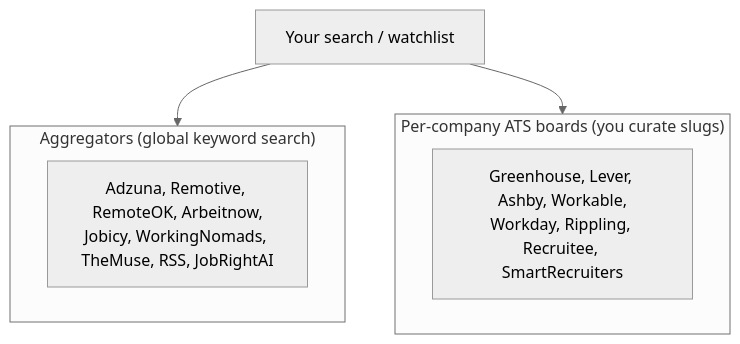
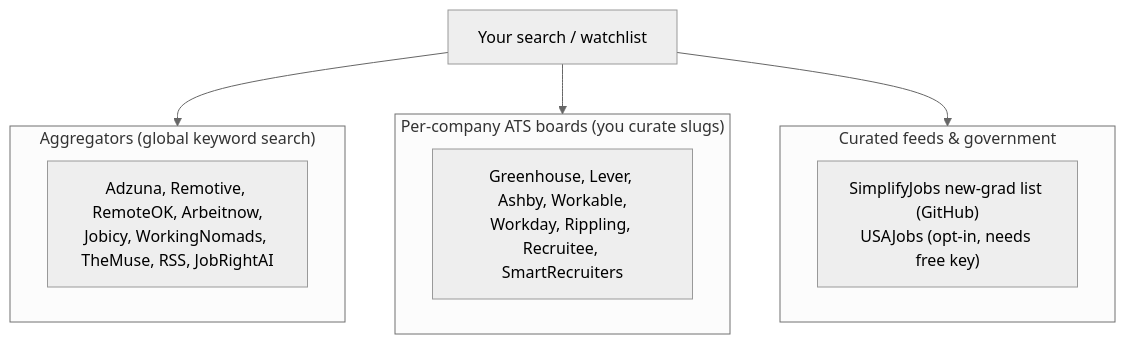
Before and after one commit to sciencephalonai/jobscout: the first of 2 diagrams in docs/sources.md, drawn with Mermaid (neutral theme). The commit also changed other lines of this file and 148 other files, not shown here.

````diff
--- a/docs/sources.md
+++ b/docs/sources.md
@@ -5,11 +6,15 @@
 ```mermaid
 flowchart TD
     Q["Your search / watchlist"] --> AGG
     Q --> ATS
     subgraph AGG["Aggregators (global keyword search)"]
       A1["Adzuna, Remotive, RemoteOK, Arbeitnow,<br/>Jobicy, WorkingNomads, TheMuse, RSS, JobRightAI"]
     end
     subgraph ATS["Per-company ATS boards (you curate slugs)"]
       A2["Greenhouse, Lever, Ashby, Workable,<br/>Workday, Rippling, Recruitee, SmartRecruiters"]
     end
+    Q --> CUR
+    subgraph CUR["Curated feeds & government"]
+      A3["SimplifyJobs new-grad list (GitHub)<br/>USAJobs (opt-in, needs free key)"]
+    end
 ```
````
